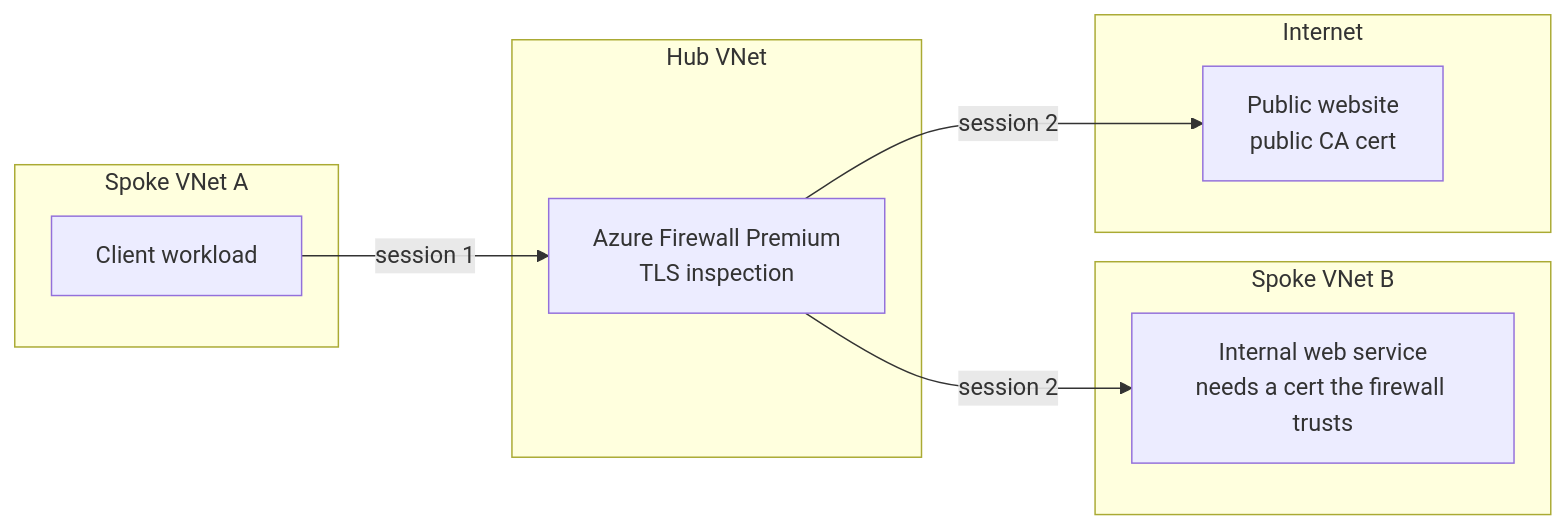
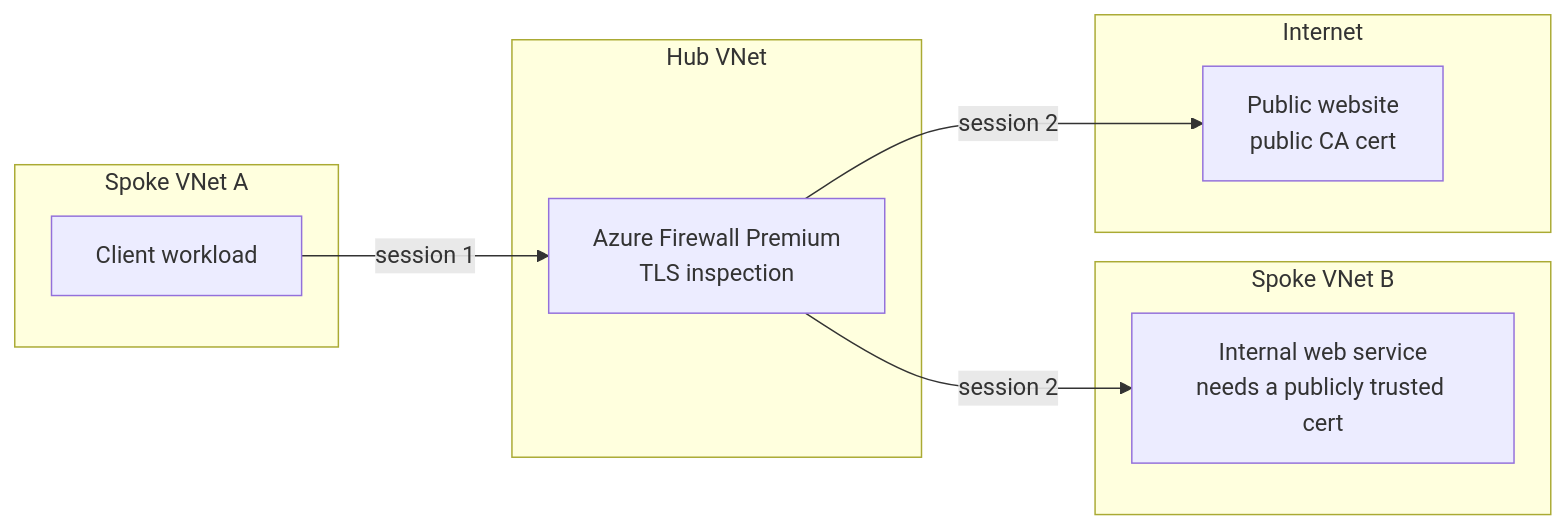
Before and after one commit to simonpainter/www.simonpainter.com: the third of 4 diagrams in blog/azure-firewall-tls-inspection.md, drawn with Mermaid. The commit also changed other lines of this file, not shown here.

````diff
--- a/blog/azure-firewall-tls-inspection.md
+++ b/blog/azure-firewall-tls-inspection.md
@@ -107,18 +107,18 @@
 ```mermaid
 flowchart LR
     subgraph Spoke1["Spoke VNet A"]
         C[Client workload]
     end
     subgraph Hub["Hub VNet"]
         FW[Azure Firewall Premium<br/>TLS inspection]
     end
     subgraph Spoke2["Spoke VNet B"]
-        S[Internal web service<br/>needs a cert the firewall trusts]
+        S[Internal web service<br/>needs a publicly trusted cert]
     end
     subgraph Internet
         W[Public website<br/>public CA cert]
     end
     C -- "session 1" --> FW
     FW -- "session 2" --> S
     FW -- "session 2" --> W
 ```
````
